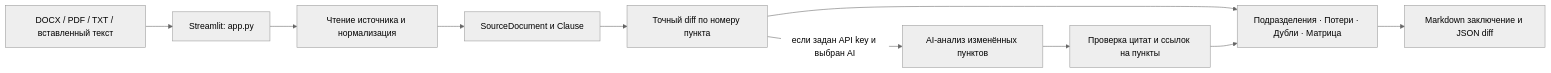
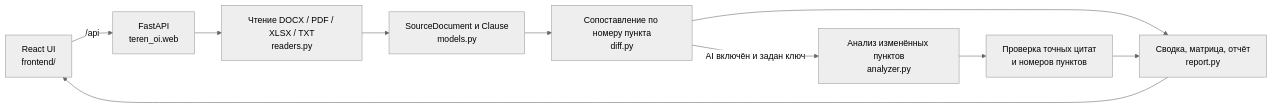
The diagram in README.md (BAITC-Hacks/hack-2fb67e0d-teren-oi), drawn with Mermaid (neutral theme) before and after one commit. The commit also changed other lines of this file and 22 other files, not shown here.

First line of the commit message:
feat: add React analysis workspace and local API

````diff
--- a/README.md
+++ b/README.md
@@ -58,12 +71,12 @@
 ```mermaid
 flowchart LR
-    U[DOCX / PDF / TXT / вставленный текст] --> UI[Streamlit: app.py]
-    UI --> R[Чтение источника и нормализация]
-    R --> M[SourceDocument и Clause]
-    M --> D[Точный diff по номеру пункта]
-    D --> V[Подразделения · Потери · Дубли · Матрица]
-    D -->|если задан API key и выбран AI| A[AI-анализ изменённых пунктов]
-    A --> C[Проверка цитат и ссылок на пункты]
-    C --> V
-    V --> E[Markdown заключение и JSON diff]
+    F[React UI<br/>frontend/] -->|/api| W[FastAPI<br/>teren_oi.web]
+    W --> R[Чтение DOCX / PDF / XLSX / TXT<br/>readers.py]
+    R --> M[SourceDocument и Clause<br/>models.py]
+    M --> D[Сопоставление по номеру пункта<br/>diff.py]
+    D --> P[Сводка, матрица, отчёт<br/>report.py]
+    D -->|AI включён и задан ключ| A[Анализ изменённых пунктов<br/>analyzer.py]
+    A --> C[Проверка точных цитат<br/>и номеров пунктов]
+    C --> P
+    P --> F
 ```
````
